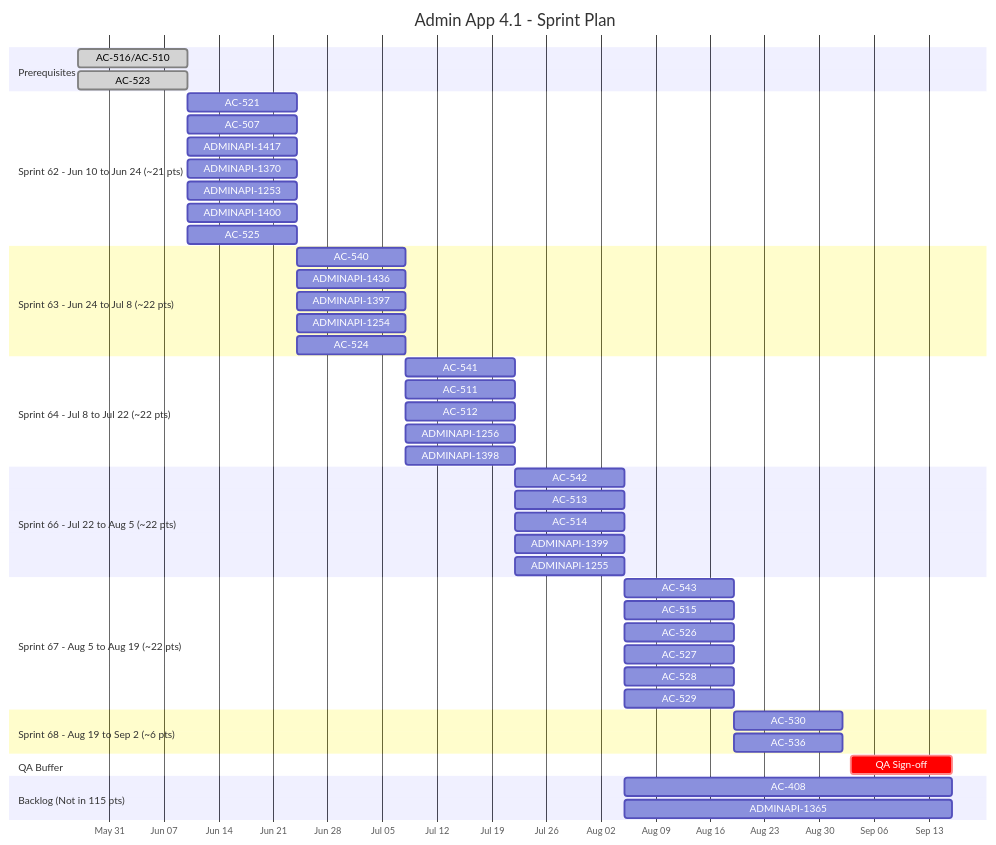
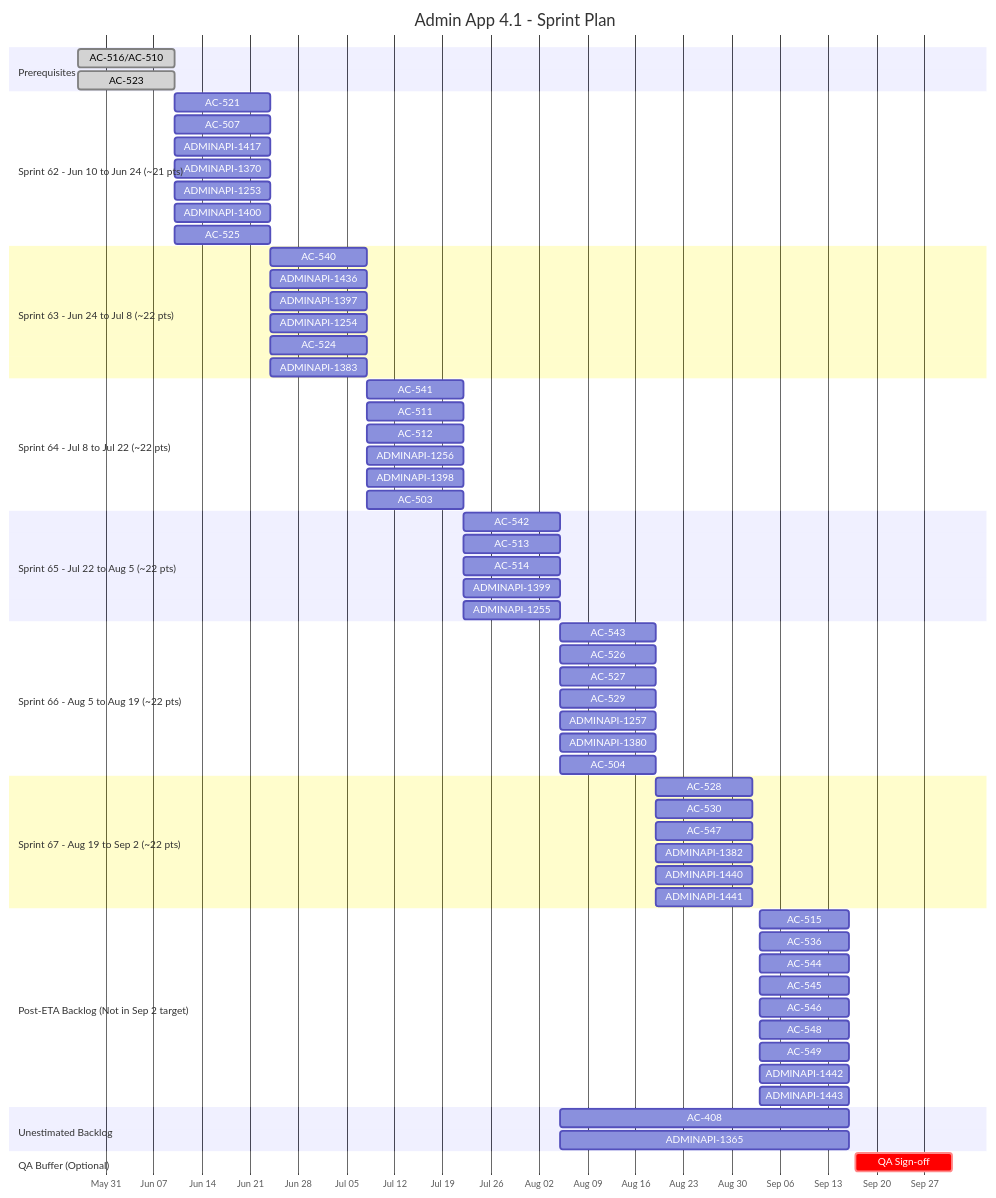
The diagram in docs/RoadmapForAdminApp4.1.md (Ed-Fi-Alliance-OSS/Ed-Fi-AdminApp), drawn with Mermaid before and after one commit. The commit also changed other lines of this file, not shown here.

````diff
--- a/docs/RoadmapForAdminApp4.1.md
+++ b/docs/RoadmapForAdminApp4.1.md
@@ -151,59 +175,77 @@
 ```mermaid
 gantt
 	title Admin App 4.1 - Sprint Plan
 	dateFormat  YYYY-MM-DD
 	axisFormat  %b %d
 
 	section Prerequisites
 	AC-516/AC-510                                  :done, ac516, 2026-05-27, 2026-06-10
 	AC-523                                         :done, ac523, 2026-05-27, 2026-06-10
 
 	section Sprint 62 - Jun 10 to Jun 24 (~21 pts)
 	AC-521                                          :ac521, 2026-06-10, 2026-06-24
 	AC-507                                          :ac507, 2026-06-10, 2026-06-24
 	ADMINAPI-1417                                   :a1417, 2026-06-10, 2026-06-24
 	ADMINAPI-1370                                   :a1370, 2026-06-10, 2026-06-24
 	ADMINAPI-1253                                   :a1253, 2026-06-10, 2026-06-24
 	ADMINAPI-1400                                   :a1400, 2026-06-10, 2026-06-24
 	AC-525                                          :ac525, 2026-06-10, 2026-06-24
 
 	section Sprint 63 - Jun 24 to Jul 8 (~22 pts)
 	AC-540                                          :ac540, 2026-06-24, 2026-07-08
 	ADMINAPI-1436                                   :a1436, 2026-06-24, 2026-07-08
 	ADMINAPI-1397                                   :a1397, 2026-06-24, 2026-07-08
 	ADMINAPI-1254                                   :a1254, 2026-06-24, 2026-07-08
 	AC-524                                          :ac524, 2026-06-24, 2026-07-08
+	ADMINAPI-1383                                   :a1383, 2026-06-24, 2026-07-08
 
 	section Sprint 64 - Jul 8 to Jul 22 (~22 pts)
 	AC-541                                          :ac541, 2026-07-08, 2026-07-22
 	AC-511                                          :ac511, 2026-07-08, 2026-07-22
 	AC-512                                          :ac512, 2026-07-08, 2026-07-22
 	ADMINAPI-1256                                   :a1256, 2026-07-08, 2026-07-22
 	ADMINAPI-1398                                   :a1398, 2026-07-08, 2026-07-22
+	AC-503                                          :ac503, 2026-07-08, 2026-07-22
 
-	section Sprint 66 - Jul 22 to Aug 5 (~22 pts)
+	section Sprint 65 - Jul 22 to Aug 5 (~22 pts)
 	AC-542                                          :ac542, 2026-07-22, 2026-08-05
 	AC-513                                          :ac513, 2026-07-22, 2026-08-05
 	AC-514                                          :ac514, 2026-07-22, 2026-08-05
 	ADMINAPI-1399                                   :a1399, 2026-07-22, 2026-08-05
 	ADMINAPI-1255                                   :a1255, 2026-07-22, 2026-08-05
 
-	section Sprint 67 - Aug 5 to Aug 19 (~22 pts)
+	section Sprint 66 - Aug 5 to Aug 19 (~22 pts)
 	AC-543                                          :ac543, 2026-08-05, 2026-08-19
-	AC-515                                          :ac515, 2026-08-05, 2026-08-19
 	AC-526                                          :ac526, 2026-08-05, 2026-08-19
 	AC-527                                          :ac527, 2026-08-05, 2026-08-19
-	AC-528                                          :ac528, 2026-08-05, 2026-08-19
 	AC-529                                          :ac529, 2026-08-05, 2026-08-19
+	ADMINAPI-1257                                   :a1257, 2026-08-05, 2026-08-19
+	ADMINAPI-1380                                   :a1380, 2026-08-05, 2026-08-19
+	AC-504                                          :ac504, 2026-08-05, 2026-08-19
 
-	section Sprint 68 - Aug 19 to Sep 2 (~6 pts)
+	section Sprint 67 - Aug 19 to Sep 2 (~22 pts)
+	AC-528                                          :ac528, 2026-08-19, 2026-09-02
 	AC-530                                          :ac530, 2026-08-19, 2026-09-02
-	AC-536                                          :ac536, 2026-08-19, 2026-09-02
+	AC-547                                          :ac547, 2026-08-19, 2026-09-02
+	ADMINAPI-1382                                   :a1382, 2026-08-19, 2026-09-02
+	ADMINAPI-1440                                   :a1440, 2026-08-19, 2026-09-02
+	ADMINAPI-1441                                   :a1441, 2026-08-19, 2026-09-02
 
-	section QA Buffer
-	QA Sign-off                                     :crit, qa, 2026-09-03, 2026-09-16
+	section Post-ETA Backlog (Not in Sep 2 target)
+	AC-515                                          :ac515, 2026-09-03, 2026-09-16
+	AC-536                                          :ac536, 2026-09-03, 2026-09-16
+	AC-544                                          :ac544, 2026-09-03, 2026-09-16
+	AC-545                                          :ac545, 2026-09-03, 2026-09-16
+	AC-546                                          :ac546, 2026-09-03, 2026-09-16
+	AC-548                                          :ac548, 2026-09-03, 2026-09-16
+	AC-549                                          :ac549, 2026-09-03, 2026-09-16
+	ADMINAPI-1442                                   :a1442, 2026-09-03, 2026-09-16
+	ADMINAPI-1443                                   :a1443, 2026-09-03, 2026-09-16
 
-	section Backlog (Not in 115 pts)
+	section Unestimated Backlog
 	AC-408                                          :ac408, 2026-08-05, 2026-09-16
 	ADMINAPI-1365                                   :a1365, 2026-08-05, 2026-09-16
+
+	section QA Buffer (Optional)
+	QA Sign-off                                     :crit, qa, 2026-09-17, 2026-10-01
 ```
````
